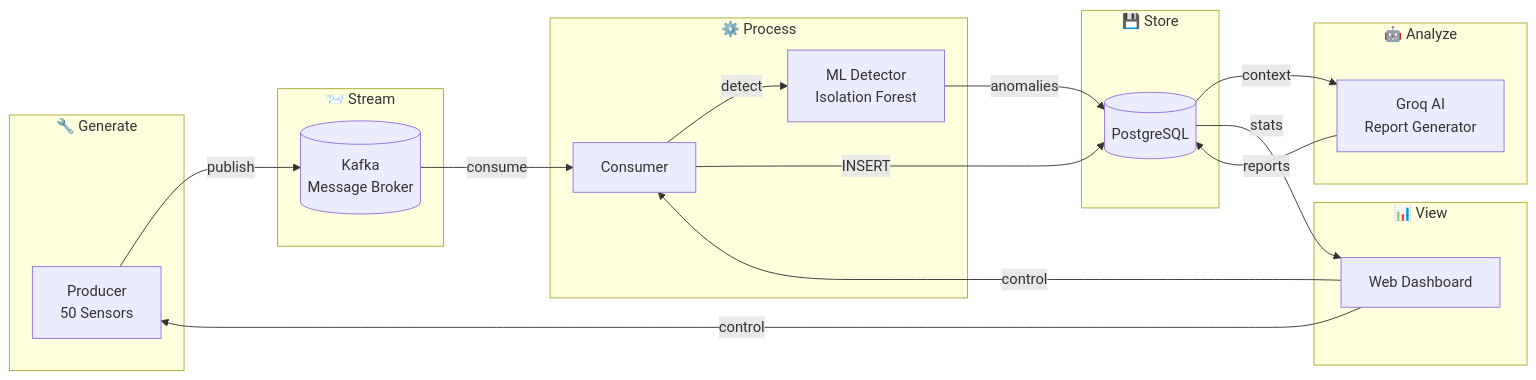
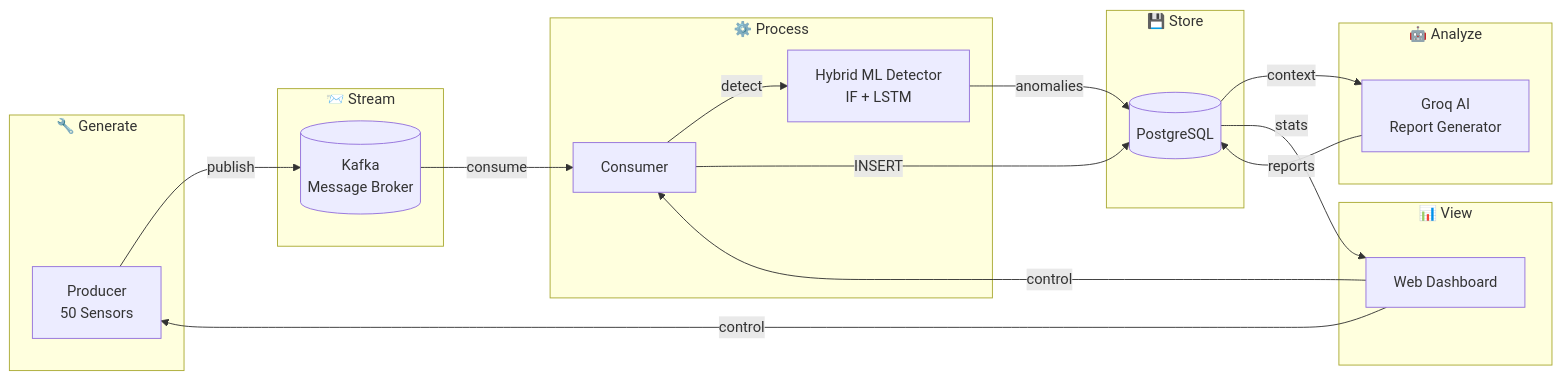
Before and after one commit to Rahul-sch/stub: the diagram in README.md, drawn with Mermaid. The commit also changed other lines of this file and 16 other files, not shown here.

````diff
--- a/README.md
+++ b/README.md
@@ -9,38 +9,38 @@
 ```mermaid
 flowchart LR
     subgraph Generate["🔧 Generate"]
         Producer[Producer<br/>50 Sensors]
     end
 
     subgraph Stream["📨 Stream"]
         Kafka[(Kafka<br/>Message Broker)]
     end
 
     subgraph Process["⚙️ Process"]
         Consumer[Consumer]
-        ML[ML Detector<br/>Isolation Forest]
+        ML[Hybrid ML Detector<br/>IF + LSTM]
     end
 
     subgraph Store["💾 Store"]
         DB[(PostgreSQL)]
     end
 
     subgraph Analyze["🤖 Analyze"]
         AI[Groq AI<br/>Report Generator]
     end
 
     subgraph View["📊 View"]
         Dashboard[Web Dashboard]
     end
 
     Producer -->|publish| Kafka
     Kafka -->|consume| Consumer
     Consumer -->|detect| ML
     Consumer -->|INSERT| DB
     ML -->|anomalies| DB
     DB -->|context| AI
     AI -->|reports| DB
     DB -->|stats| Dashboard
     Dashboard -->|control| Producer
     Dashboard -->|control| Consumer
 ```
````
